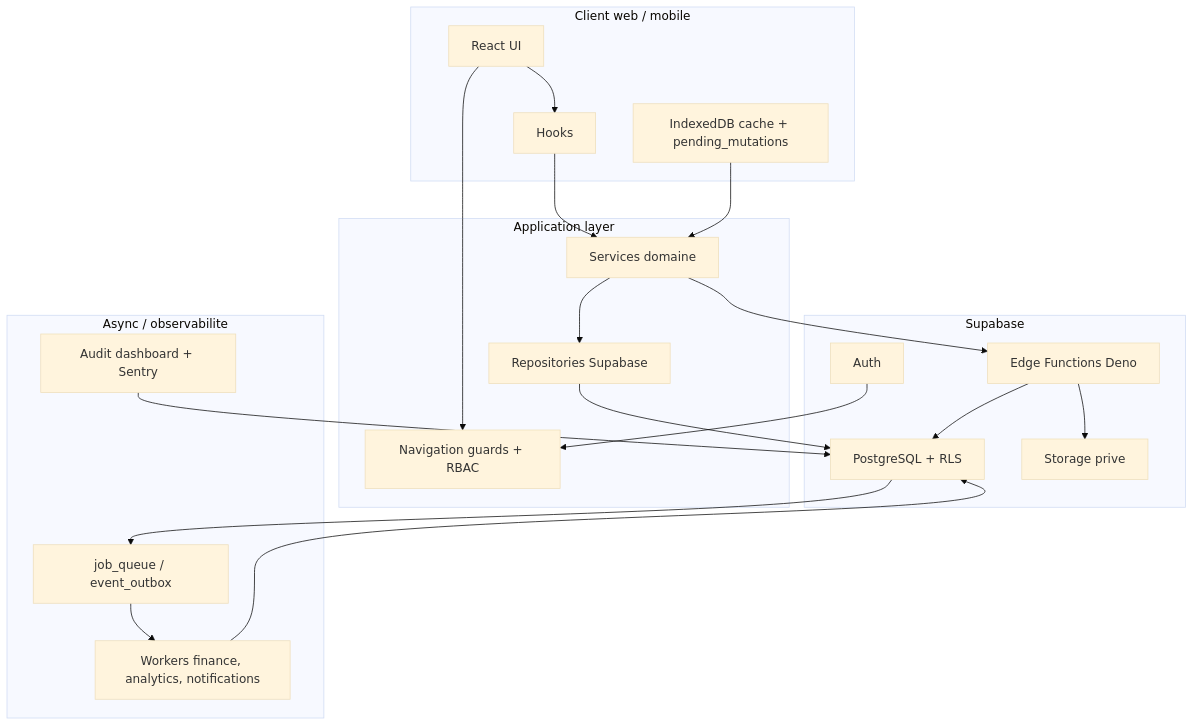
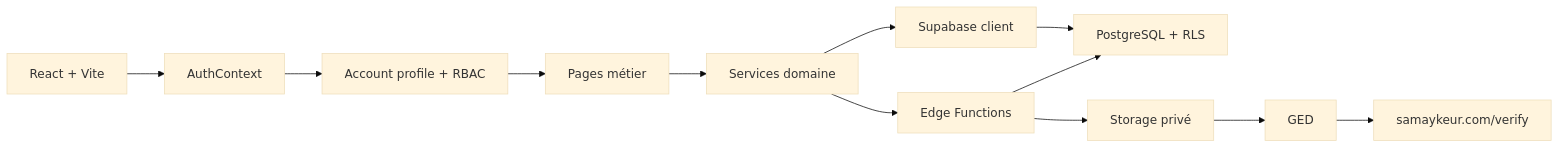
Before and after one commit to djibril123dione123-alt/Gestion-Locative: the diagram in docs/architecture.md, drawn with Mermaid (base theme). The commit also changed other lines of this file and 19 other files, not shown here.

````diff
--- a/docs/architecture.md
+++ b/docs/architecture.md
@@ -16,37 +7,14 @@
 ```mermaid
-flowchart TB
-  subgraph Client["Client web / mobile"]
-    UI["React UI"]
-    Hooks["Hooks"]
-    Local["IndexedDB cache + pending_mutations"]
-  end
-
-  subgraph App["Application layer"]
-    Services["Services domaine"]
-    Repos["Repositories Supabase"]
-    Guards["Navigation guards + RBAC"]
-  end
-
-  subgraph Supabase["Supabase"]
-    Auth["Auth"]
-    DB["PostgreSQL + RLS"]
-    Edge["Edge Functions Deno"]
-    Storage["Storage prive"]
-  end
-
-  subgraph Async["Async / observabilite"]
-    Queue["job_queue / event_outbox"]
-    Workers["Workers finance, analytics, notifications"]
-    Monitoring["Audit dashboard + Sentry"]
-  end
-
-  UI --> Hooks --> Services
-  Services --> Repos --> DB
-  Services --> Edge --> DB
-  Edge --> Storage
-  Local --> Services
-  DB --> Queue --> Workers --> DB
-  UI --> Guards
-  Auth --> Guards
-  Monitoring --> DB
+flowchart LR
+  UI["React + Vite"] --> Auth["AuthContext"]
+  Auth --> Profile["Account profile + RBAC"]
+  Profile --> Pages["Pages métier"]
+  Pages --> Services["Services domaine"]
+  Services --> Supabase["Supabase client"]
+  Services --> Edge["Edge Functions"]
+  Supabase --> DB["PostgreSQL + RLS"]
+  Edge --> DB
+  Edge --> Storage["Storage privé"]
+  Storage --> GED["GED"]
+  GED --> Verify["samaykeur.com/verify"]
 ```
````
